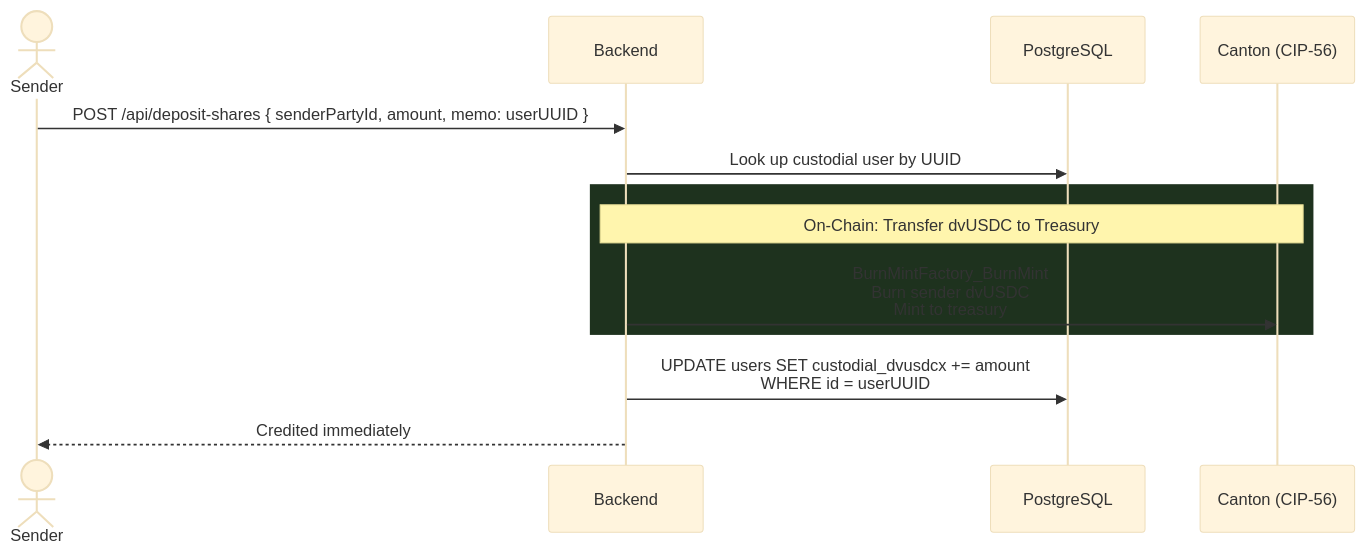
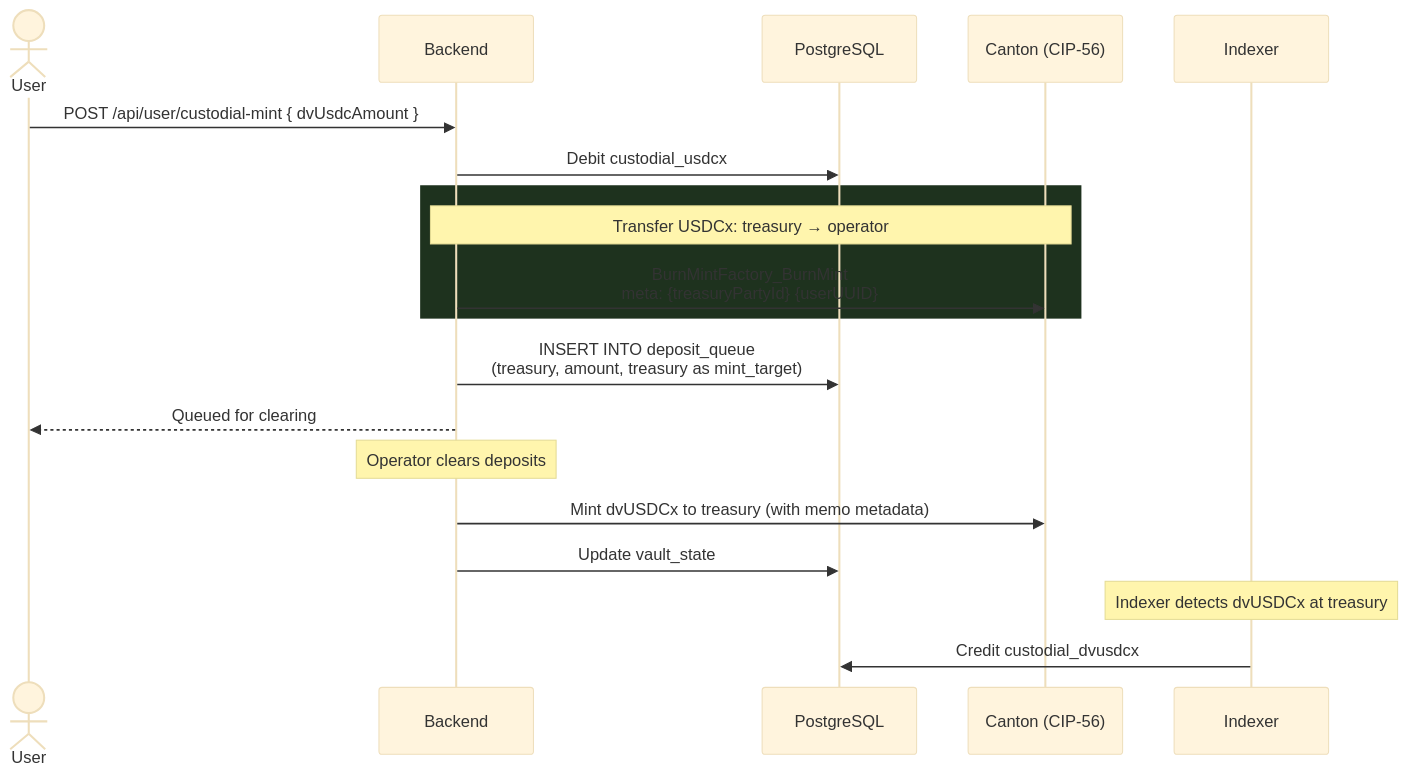
Before and after one commit to dittonetwork/ditto-ccvault: the seventh of 13 diagrams in ARCHITECTURE.md, drawn with Mermaid (base theme). The commit also changed other lines of this file and 1 other file, not shown here.

First line of the commit message:
docs: update for v9 architecture — party separation, indexer, custodial USDCx

````diff
--- a/ARCHITECTURE.md
+++ b/ARCHITECTURE.md
@@ -346,18 +512,26 @@
 ```mermaid
 sequenceDiagram
-    actor Sender
+    actor User
     participant BE as Backend
     participant DB as PostgreSQL
     participant CN as Canton (CIP-56)
+    participant IDX as Indexer
 
-    Sender->>BE: POST /api/deposit-shares { senderPartyId, amount, memo: userUUID }
-    BE->>DB: Look up custodial user by UUID
+    User->>BE: POST /api/user/custodial-mint { dvUsdcAmount }
+    BE->>DB: Debit custodial_usdcx
 
     rect rgb(30, 50, 30)
-        Note over BE,CN: On-Chain: Transfer dvUSDC to Treasury
-        BE->>CN: BurnMintFactory_BurnMint<br/>Burn sender dvUSDC<br/>Mint to treasury
+        Note over BE,CN: Transfer USDCx: treasury → operator
+        BE->>CN: BurnMintFactory_BurnMint<br/>meta: {treasuryPartyId} {userUUID}
     end
 
-    BE->>DB: UPDATE users SET custodial_dvusdcx += amount<br/>WHERE id = userUUID
-    BE-->>Sender: Credited immediately
+    BE->>DB: INSERT INTO deposit_queue<br/>(treasury, amount, treasury as mint_target)
+    BE-->>User: Queued for clearing
+
+    Note over BE: Operator clears deposits
+    BE->>CN: Mint dvUSDCx to treasury (with memo metadata)
+    BE->>DB: Update vault_state
+
+    Note over IDX: Indexer detects dvUSDCx at treasury
+    IDX->>DB: Credit custodial_dvusdcx
 ```
````
